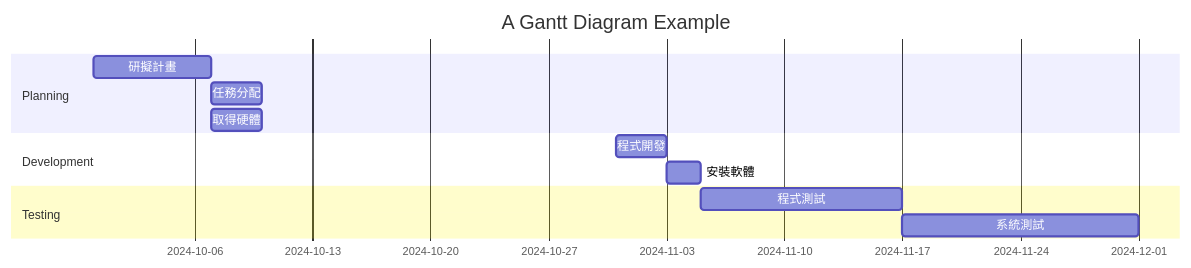
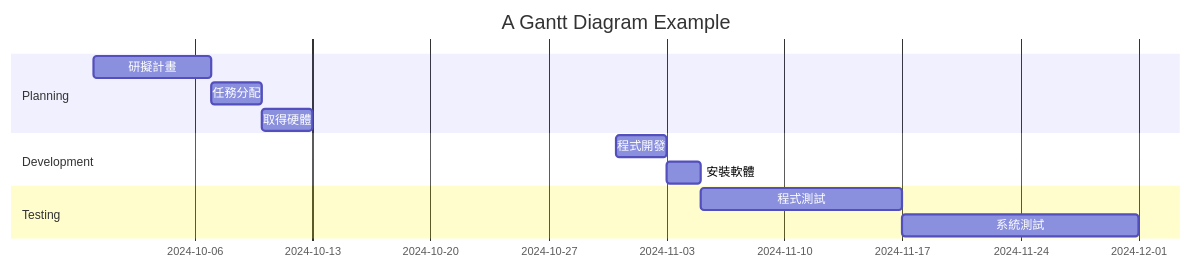
Before and after one commit to koreanfish1450/homework: the diagram in hw2.md, drawn with Mermaid.

````diff
--- a/hw2.md
+++ b/hw2.md
@@ -1,17 +1,17 @@
 ```mermaid
 gantt
     title A Gantt Diagram Example
 
     section Planning
     研擬計畫     :a1, 2024-09-30, 7d
     任務分配     :a2, after a1  , 3d
-    取得硬體     :a2, after a1, 3d
+    取得硬體     :a3, after a2, 3d
 
     section Development
-    程式開發      :a3, 2024-10-31, 3d
-    安裝軟體      :a4, after a3, 2d
+    程式開發      :a4, 2024-10-31, 3d
+    安裝軟體      :a5, after a4, 2d
 
     section Testing
-    程式測試     :a5, after a4, 12d
-    系統測試     :a6, after a5, 14d
+    程式測試     :a6, after a5, 12d
+    系統測試     :a7, after a6, 14d
 ```
````
